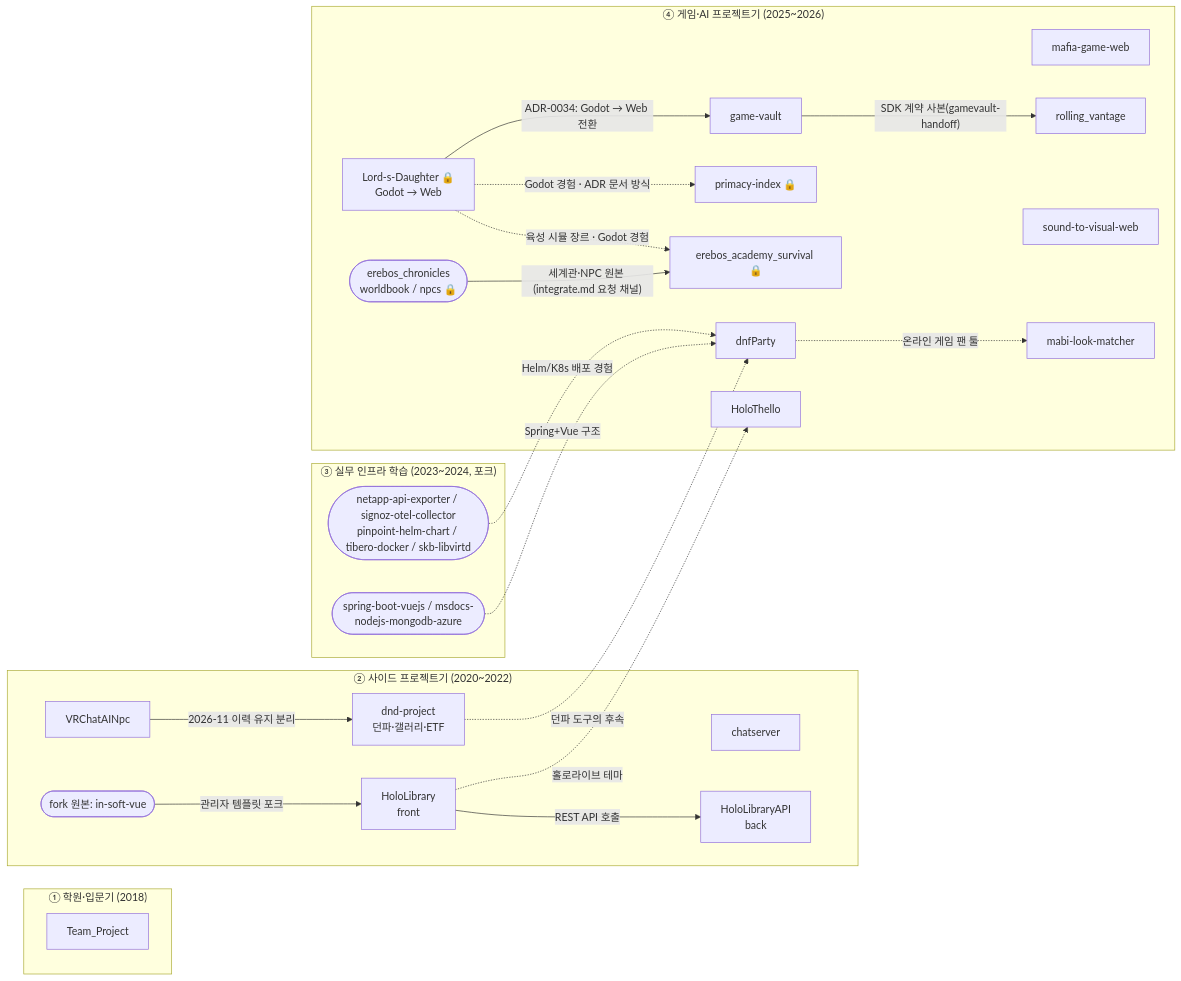
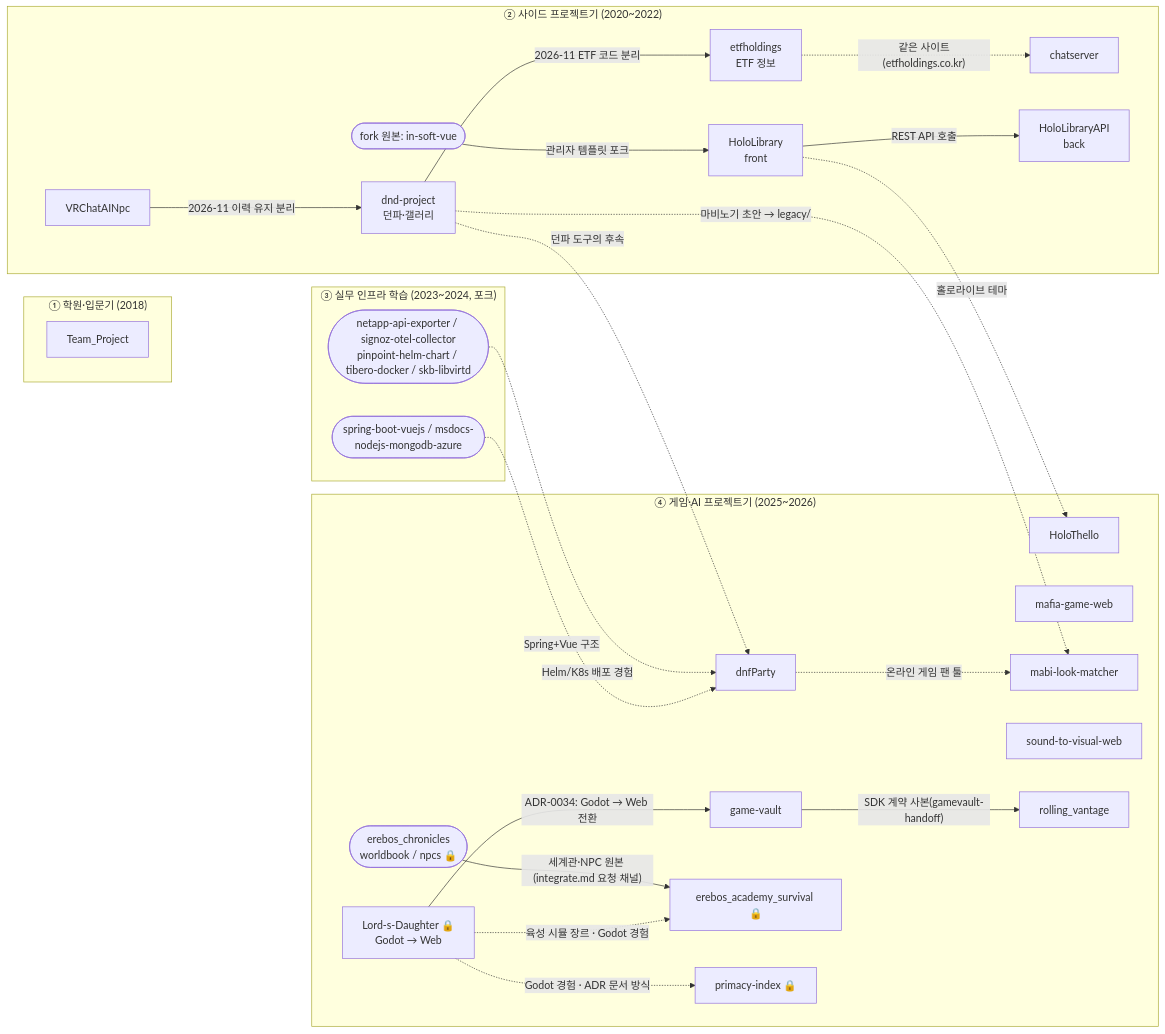
One commit to kalraid/private_wiki changed the diagram in repos/README.md. Above: the diagram before and after it, drawn with Mermaid. The commit also changed other lines of this file and 1 other file, not shown here.

First line of the commit message:
Split ETF and Mabinogi code out of dnd-project in wiki

````diff
--- a/repos/README.md
+++ b/repos/README.md
@@ -35,49 +36,53 @@
 ```mermaid
 flowchart LR
   subgraph S1["① 학원·입문기 (2018)"]
     TP[Team_Project]
   end
 
   subgraph S2["② 사이드 프로젝트기 (2020~2022)"]
     VR[VRChatAINpc]
-    DND[dnd-project<br/>던파·갤러리·ETF]
+    DND[dnd-project<br/>던파·갤러리]
+    ETF[etfholdings<br/>ETF 정보]
     CS[chatserver]
     HL[HoloLibrary<br/>front]
     HLA[HoloLibraryAPI<br/>back]
     INS([fork 원본: in-soft-vue])
   end
 
   subgraph S3["③ 실무 인프라 학습 (2023~2024, 포크)"]
     F1([netapp-api-exporter / signoz-otel-collector<br/>pinpoint-helm-chart / tibero-docker / skb-libvirtd])
     F2([spring-boot-vuejs / msdocs-nodejs-mongodb-azure])
   end
 
   subgraph S4["④ 게임·AI 프로젝트기 (2025~2026)"]
     HT[HoloThello]
     DNF[dnfParty]
     MAF[mafia-game-web]
     MABI[mabi-look-matcher]
     STV[sound-to-visual-web]
     GV[game-vault]
     RV[rolling_vantage]
     LD[Lord-s-Daughter 🔒<br/>Godot → Web]
     ER[erebos_academy_survival 🔒]
     EW([erebos_chronicles<br/>worldbook / npcs 🔒])
     PI[primacy-index 🔒]
   end
 
   EW -- "세계관·NPC 원본 (integrate.md 요청 채널)" --> ER
   LD -. "육성 시뮬 장르 · Godot 경험" .-> ER
   LD -. "Godot 경험 · ADR 문서 방식" .-> PI
 
   VR -- "2026-11 이력 유지 분리" --> DND
   DND -. "던파 도구의 후속" .-> DNF
+  DND -- "2026-11 ETF 코드 분리" --> ETF
+  DND -. "마비노기 초안 → legacy/" .-> MABI
+  ETF -. "같은 사이트(etfholdings.co.kr)" .-> CS
   INS -- "관리자 템플릿 포크" --> HL
   HL -- "REST API 호출" --> HLA
   HL -. "홀로라이브 테마" .-> HT
   F1 -. "Helm/K8s 배포 경험" .-> DNF
   F2 -. "Spring+Vue 구조" .-> DNF
   GV -- "SDK 계약 사본(gamevault-handoff)" --> RV
   LD -- "ADR-0034: Godot → Web 전환" --> GV
   DNF -. "온라인 게임 팬 툴" .-> MABI
 ```
````
